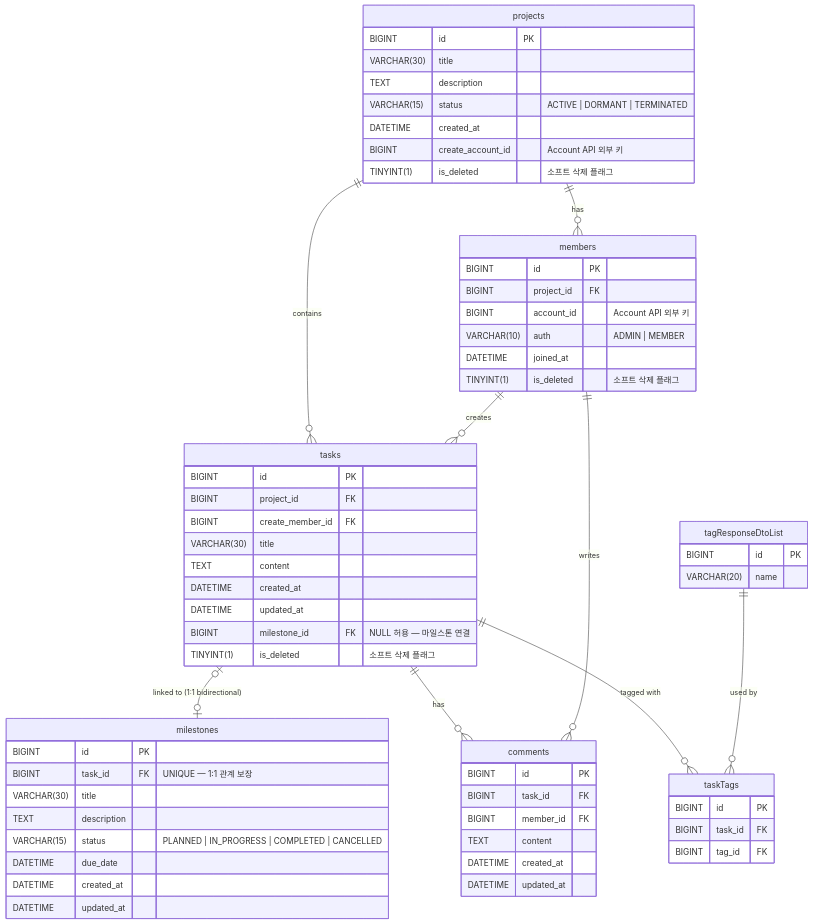
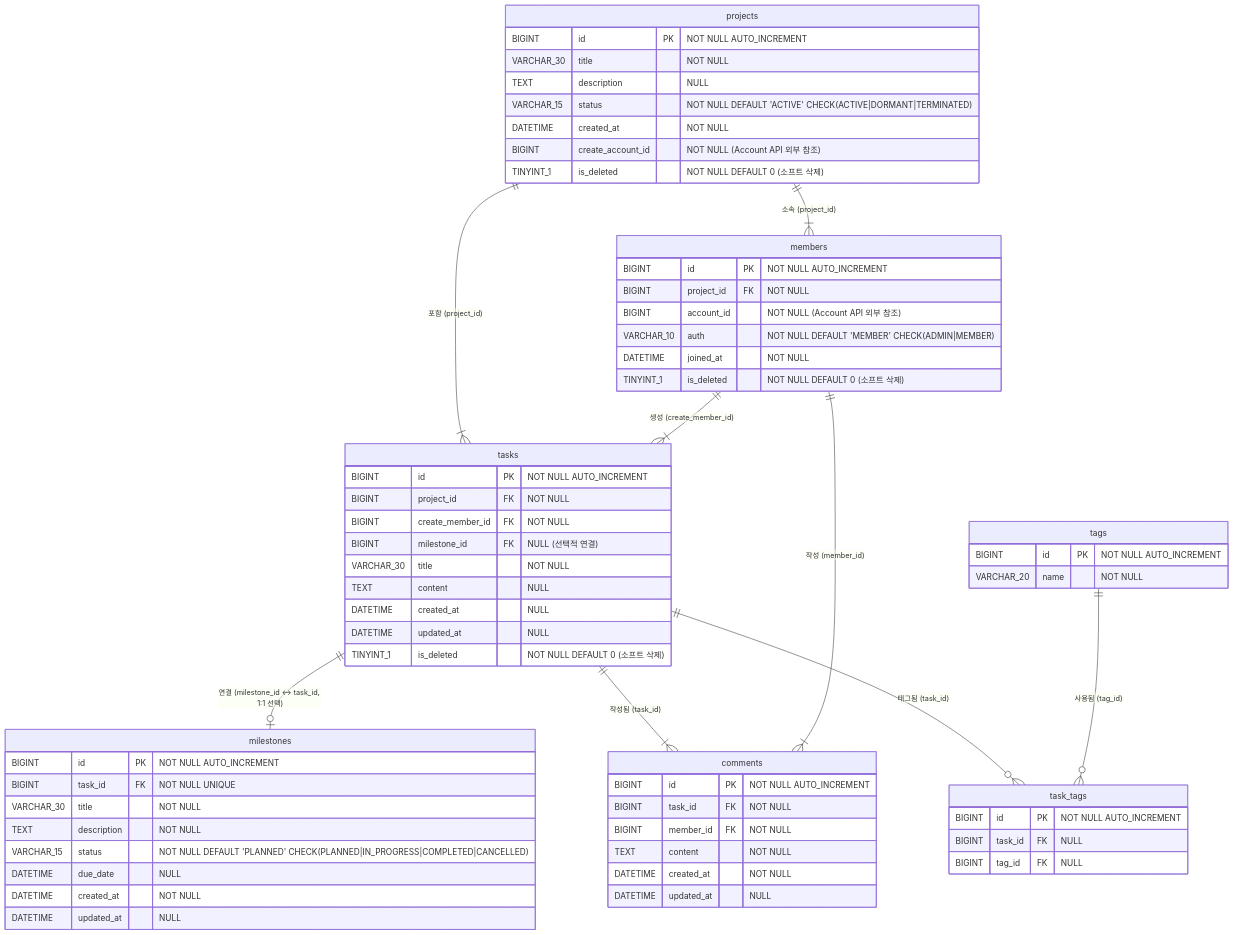
The first of 4 diagrams in ERD.md (SRIOUSS/miniDooray), drawn with Mermaid before and after one commit. The commit also changed other lines of this file and 1 other file, not shown here.

Commit message:
erd 보강

````diff
--- a/ERD.md
+++ b/ERD.md
@@ -5,73 +5,73 @@
 ```mermaid
 erDiagram
     projects {
-        BIGINT      id                PK
-        VARCHAR(30) title
-        TEXT        description
-        VARCHAR(15) status            "ACTIVE | DORMANT | TERMINATED"
-        DATETIME    created_at
-        BIGINT      create_account_id "Account API 외부 키"
-        TINYINT(1)  is_deleted        "소프트 삭제 플래그"
+        BIGINT     id                PK "NOT NULL AUTO_INCREMENT"
+        VARCHAR_30 title                "NOT NULL"
+        TEXT       description          "NULL"
+        VARCHAR_15 status               "NOT NULL DEFAULT 'ACTIVE' CHECK(ACTIVE|DORMANT|TERMINATED)"
+        DATETIME   created_at           "NOT NULL"
+        BIGINT     create_account_id    "NOT NULL (Account API 외부 참조)"
+        TINYINT_1  is_deleted           "NOT NULL DEFAULT 0 (소프트 삭제)"
     }
 
     members {
-        BIGINT      id         PK
-        BIGINT      project_id FK
-        BIGINT      account_id "Account API 외부 키"
-        VARCHAR(10) auth       "ADMIN | MEMBER"
-        DATETIME    joined_at
-        TINYINT(1)  is_deleted "소프트 삭제 플래그"
+        BIGINT     id         PK "NOT NULL AUTO_INCREMENT"
+        BIGINT     project_id FK "NOT NULL"
+        BIGINT     account_id    "NOT NULL (Account API 외부 참조)"
+        VARCHAR_10 auth           "NOT NULL DEFAULT 'MEMBER' CHECK(ADMIN|MEMBER)"
+        DATETIME   joined_at      "NOT NULL"
+        TINYINT_1  is_deleted     "NOT NULL DEFAULT 0 (소프트 삭제)"
     }
 
     tasks {
-        BIGINT      id               PK
-        BIGINT      project_id       FK
-        BIGINT      create_member_id FK
-        VARCHAR(30) title
-        TEXT        content
-        DATETIME    created_at
-        DATETIME    updated_at
-        BIGINT      milestone_id     FK "NULL 허용 — 마일스톤 연결"
-        TINYINT(1)  is_deleted       "소프트 삭제 플래그"
+        BIGINT     id               PK "NOT NULL AUTO_INCREMENT"
+        BIGINT     project_id       FK "NOT NULL"
+        BIGINT     create_member_id FK "NOT NULL"
+        BIGINT     milestone_id     FK "NULL (선택적 연결)"
+        VARCHAR_30 title               "NOT NULL"
+        TEXT       content             "NULL"
+        DATETIME   created_at          "NULL"
+        DATETIME   updated_at          "NULL"
+        TINYINT_1  is_deleted          "NOT NULL DEFAULT 0 (소프트 삭제)"
     }
 
     milestones {
-        BIGINT      id          PK
-        BIGINT      task_id     FK  "UNIQUE — 1:1 관계 보장"
-        VARCHAR(30) title
-        TEXT        description
-        VARCHAR(15) status      "PLANNED | IN_PROGRESS | COMPLETED | CANCELLED"
-        DATETIME    due_date
-        DATETIME    created_at
-        DATETIME    updated_at
+        BIGINT     id          PK "NOT NULL AUTO_INCREMENT"
+        BIGINT     task_id     FK "NOT NULL UNIQUE"
+        VARCHAR_30 title          "NOT NULL"
+        TEXT       description    "NOT NULL"
+        VARCHAR_15 status         "NOT NULL DEFAULT 'PLANNED' CHECK(PLANNED|IN_PROGRESS|COMPLETED|CANCELLED)"
+        DATETIME   due_date       "NULL"
+        DATETIME   created_at     "NOT NULL"
+        DATETIME   updated_at     "NULL"
     }
 
     comments {
-        BIGINT   id         PK
-        BIGINT   task_id    FK
-        BIGINT   member_id  FK
-        TEXT     content
-        DATETIME created_at
-        DATETIME updated_at
+        BIGINT   id         PK "NOT NULL AUTO_INCREMENT"
+        BIGINT   task_id    FK "NOT NULL"
+        BIGINT   member_id  FK "NOT NULL"
+        TEXT     content       "NOT NULL"
+        DATETIME created_at    "NOT NULL"
+        DATETIME updated_at    "NULL"
     }
 
-    tagResponseDtoList {
-        BIGINT      id   PK
-        VARCHAR(20) name
+    tags {
+        BIGINT     id   PK "NOT NULL AUTO_INCREMENT"
+        VARCHAR_20 name    "NOT NULL"
     }
 
-    taskTags {
-        BIGINT id      PK
-        BIGINT task_id FK
-        BIGINT tag_id  FK
+    task_tags {
+        BIGINT id      PK "NOT NULL AUTO_INCREMENT"
+        BIGINT task_id FK "NULL"
+        BIGINT tag_id  FK "NULL"
     }
 
-    projects  ||--o{ members          : "has"
-    projects  ||--o{ tasks            : "contains"
-    members   ||--o{ tasks            : "creates"
-    tasks     |o--o| milestones       : "linked to (1:1 bidirectional)"
-    tasks     ||--o{ comments         : "has"
-    members   ||--o{ comments         : "writes"
-    tasks     ||--o{ taskTags         : "tagged with"
-    tagResponseDtoList ||--o{ taskTags : "used by"
+    projects  ||--|{ members    : "소속 (project_id)"
+    projects  ||--|{ tasks      : "포함 (project_id)"
+    members   ||--|{ tasks      : "생성 (create_member_id)"
+    tasks     ||--o| milestones : "연결 (milestone_id ↔ task_id, 1:1 선택)"
+    tasks     ||--|{ comments   : "작성됨 (task_id)"
+    members   ||--|{ comments   : "작성 (member_id)"
+    tasks     ||--o{ task_tags  : "태그됨 (task_id)"
+    tags      ||--o{ task_tags  : "사용됨 (tag_id)"
 ```
````
